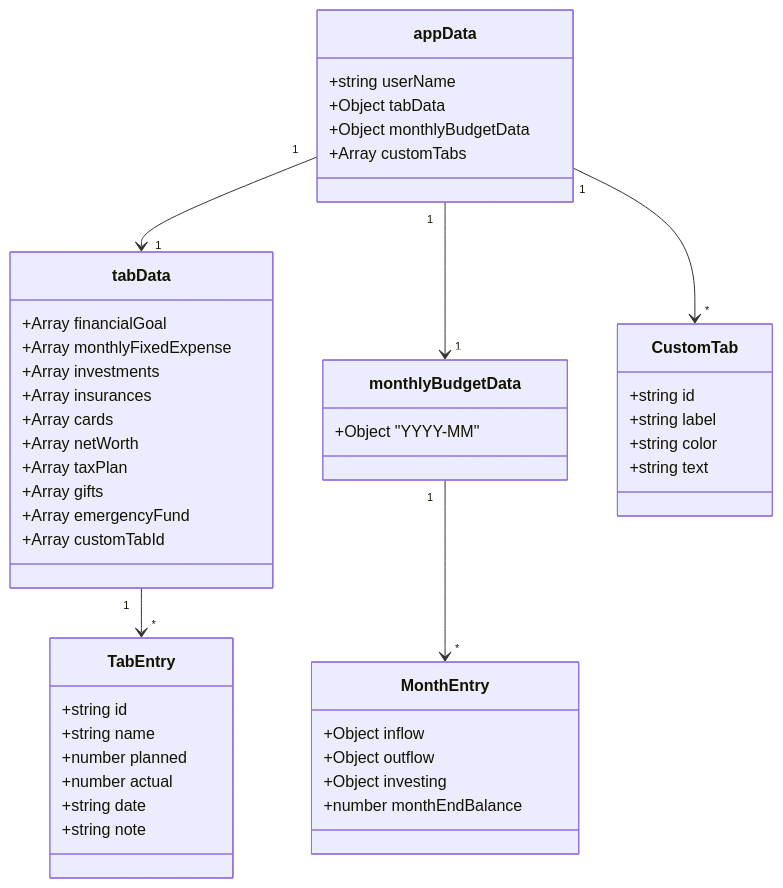
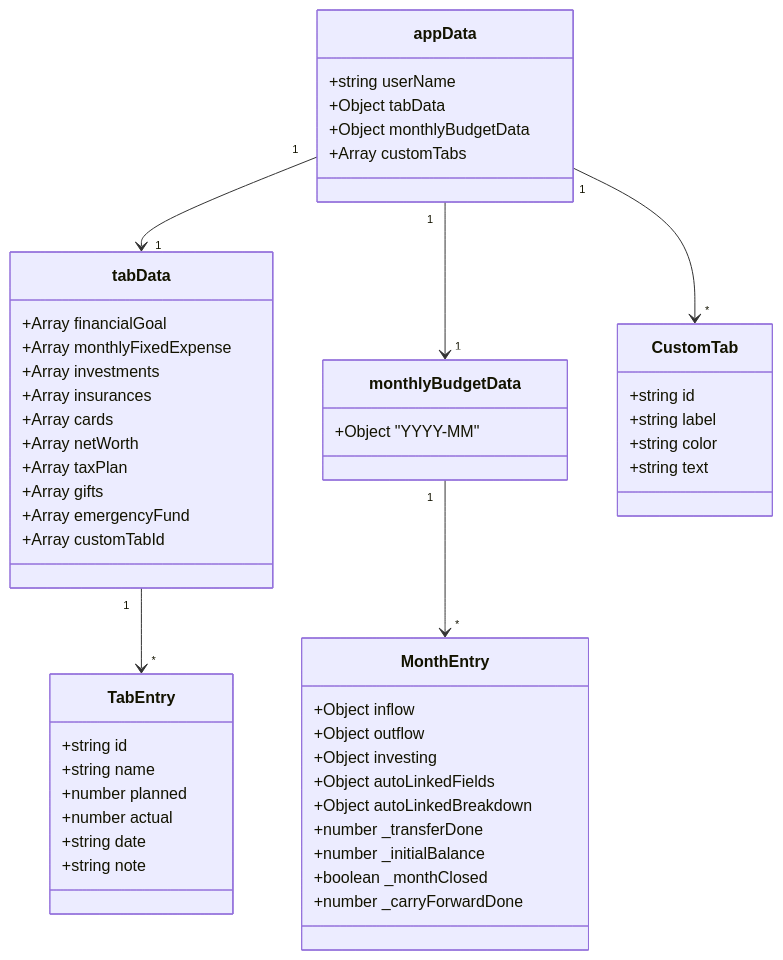
The third of 10 diagrams in architecture.md (mrunaldev/smart-financial-planning), drawn with Mermaid before and after one commit. The commit also changed other lines of this file and 8 other files, not shown here.

````diff
--- a/architecture.md
+++ b/architecture.md
@@ -212,55 +212,60 @@
 ```mermaid
 classDiagram
     class appData {
         +string userName
         +Object tabData
         +Object monthlyBudgetData
         +Array customTabs
     }
 
     class tabData {
         +Array financialGoal
         +Array monthlyFixedExpense
         +Array investments
         +Array insurances
         +Array cards
         +Array netWorth
         +Array taxPlan
         +Array gifts
         +Array emergencyFund
         +Array customTabId
     }
 
     class monthlyBudgetData {
         +Object "YYYY-MM"
     }
 
     class MonthEntry {
         +Object inflow
         +Object outflow
         +Object investing
-        +number monthEndBalance
+        +Object autoLinkedFields
+        +Object autoLinkedBreakdown
+        +number _transferDone
+        +number _initialBalance
+        +boolean _monthClosed
+        +number _carryForwardDone
     }
 
     class TabEntry {
         +string id
         +string name
         +number planned
         +number actual
         +string date
         +string note
     }
 
     class CustomTab {
         +string id
         +string label
         +string color
         +string text
     }
 
     appData "1" --> "1" tabData
     appData "1" --> "1" monthlyBudgetData
     appData "1" --> "*" CustomTab
     tabData "1" --> "*" TabEntry
     monthlyBudgetData "1" --> "*" MonthEntry
 ```
````
